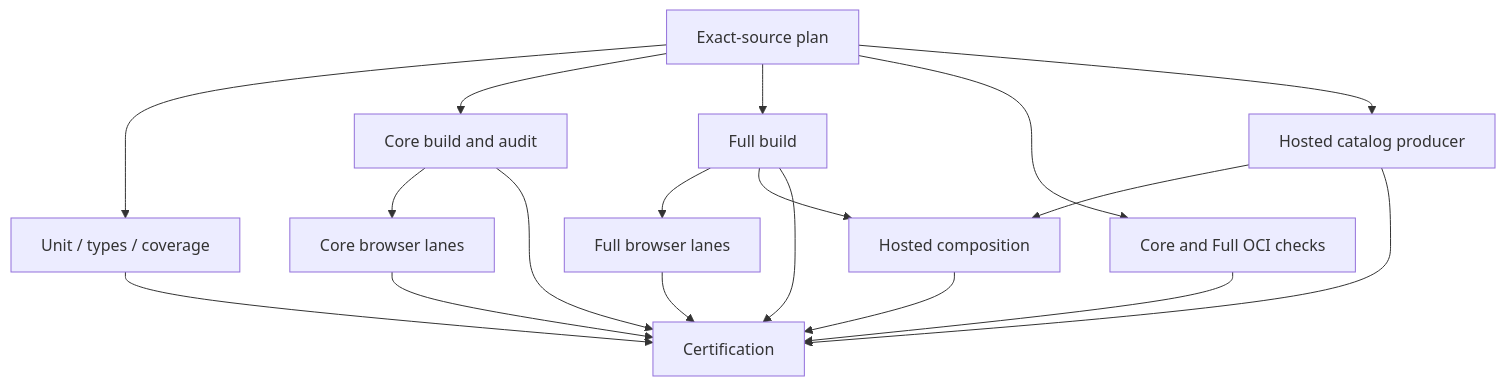
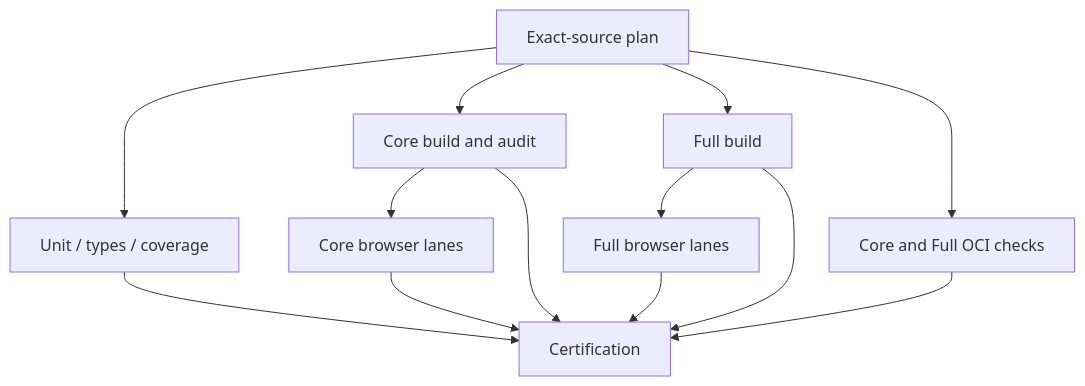
The first of 2 diagrams in docs/verification/CI-CD.md (yohn-jp/codexia), drawn with Mermaid before and after one commit. The commit also changed other lines of this file and 1 other file, not shown here.

Commit message:
Align verification docs with the standalone graph

````diff
--- a/docs/verification/CI-CD.md
+++ b/docs/verification/CI-CD.md
@@ -36,20 +36,15 @@
 ```mermaid
 flowchart TD
   P[Exact-source plan] --> U[Unit / types / coverage]
   P --> C[Core build and audit]
   P --> F[Full build]
   P --> O[Core and Full OCI checks]
-  P --> H[Hosted catalog producer]
   C --> BC[Core browser lanes]
   F --> BF[Full browser lanes]
-  F --> N[Hosted composition]
-  H --> N
   U --> G[Certification]
   C --> G
   F --> G
   O --> G
   BC --> G
   BF --> G
-  H --> G
-  N --> G
 ```
````
